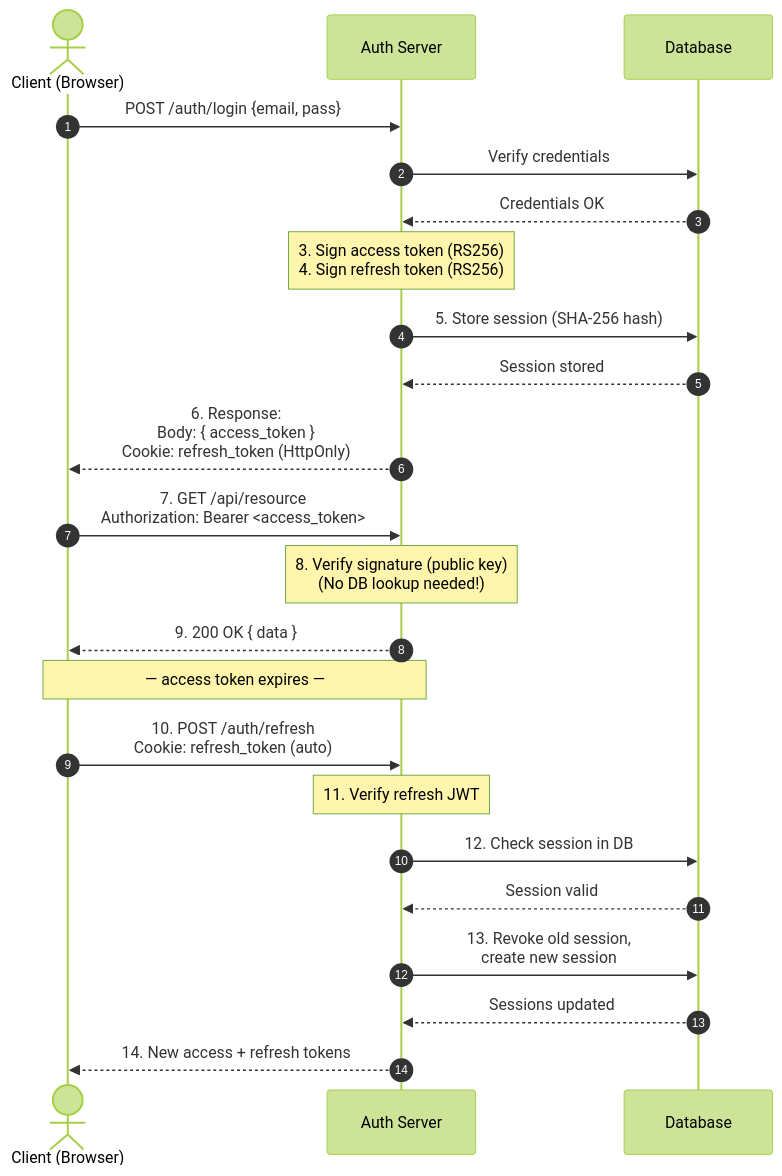
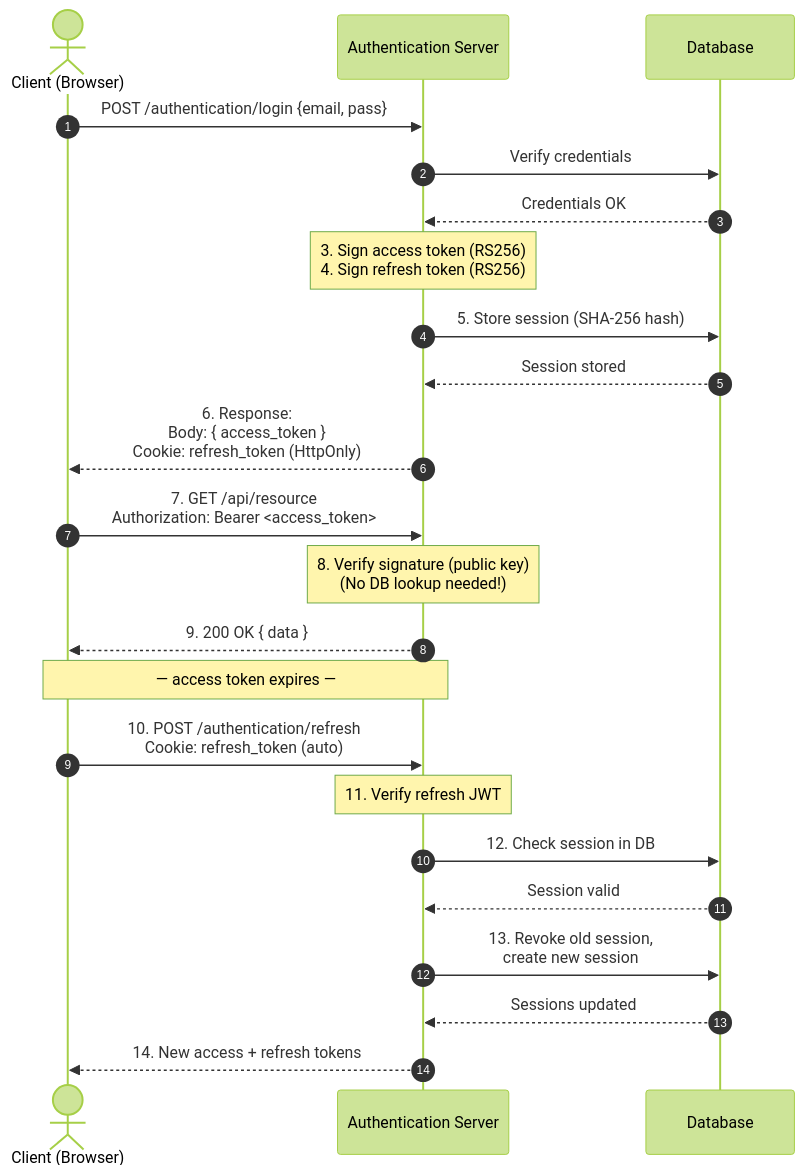
One commit to raouf-b-dev/ecommerce-store-api changed the diagram in docs/security/JWT-RSA-JWKS.md. Above: the diagram before and after it, drawn with Mermaid (forest theme). The commit also changed other lines of this file and 13 other files, not shown here.

First line of the commit message:
ES-138: Update documentation and module references to reflect the transition from 'Auth' to 'Authentication' and 'Customers' to 'Access'

````diff
--- a/docs/security/JWT-RSA-JWKS.md
+++ b/docs/security/JWT-RSA-JWKS.md
@@ -248,29 +248,29 @@
 ```mermaid
 sequenceDiagram
     autonumber
     actor Client as Client (Browser)
-    participant Auth as Auth Server
+    participant Authentication as Authentication Server
     participant DB as Database
 
-    Client->>Auth: POST /auth/login {email, pass}
-    Auth->>DB: Verify credentials
-    DB-->>Auth: Credentials OK
-    Note over Auth: 3. Sign access token (RS256)<br/>4. Sign refresh token (RS256)
-    Auth->>DB: 5. Store session (SHA-256 hash)
-    DB-->>Auth: Session stored
-    Auth-->>Client: 6. Response:<br/>Body: { access_token }<br/>Cookie: refresh_token (HttpOnly)
+    Client->>Authentication: POST /authentication/login {email, pass}
+    Authentication->>DB: Verify credentials
+    DB-->>Authentication: Credentials OK
+    Note over Authentication: 3. Sign access token (RS256)<br/>4. Sign refresh token (RS256)
+    Authentication->>DB: 5. Store session (SHA-256 hash)
+    DB-->>Authentication: Session stored
+    Authentication-->>Client: 6. Response:<br/>Body: { access_token }<br/>Cookie: refresh_token (HttpOnly)
 
-    Client->>Auth: 7. GET /api/resource<br/>Authorization: Bearer <access_token>
-    Note over Auth: 8. Verify signature (public key)<br/>(No DB lookup needed!)
-    Auth-->>Client: 9. 200 OK { data }
+    Client->>Authentication: 7. GET /api/resource<br/>Authorization: Bearer <access_token>
+    Note over Authentication: 8. Verify signature (public key)<br/>(No DB lookup needed!)
+    Authentication-->>Client: 9. 200 OK { data }
 
-    Note over Client, Auth: — access token expires —
+    Note over Client, Authentication: — access token expires —
 
-    Client->>Auth: 10. POST /auth/refresh<br/>Cookie: refresh_token (auto)
-    Note over Auth: 11. Verify refresh JWT
-    Auth->>DB: 12. Check session in DB
-    DB-->>Auth: Session valid
-    Auth->>DB: 13. Revoke old session,<br/>create new session
-    DB-->>Auth: Sessions updated
-    Auth-->>Client: 14. New access + refresh tokens
+    Client->>Authentication: 10. POST /authentication/refresh<br/>Cookie: refresh_token (auto)
+    Note over Authentication: 11. Verify refresh JWT
+    Authentication->>DB: 12. Check session in DB
+    DB-->>Authentication: Session valid
+    Authentication->>DB: 13. Revoke old session,<br/>create new session
+    DB-->>Authentication: Sessions updated
+    Authentication-->>Client: 14. New access + refresh tokens
 ```
````
